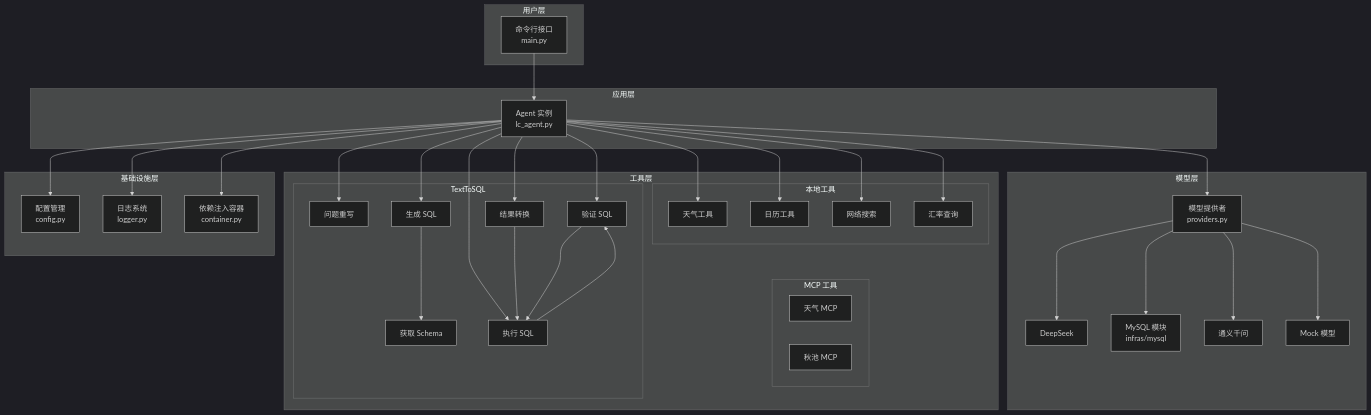
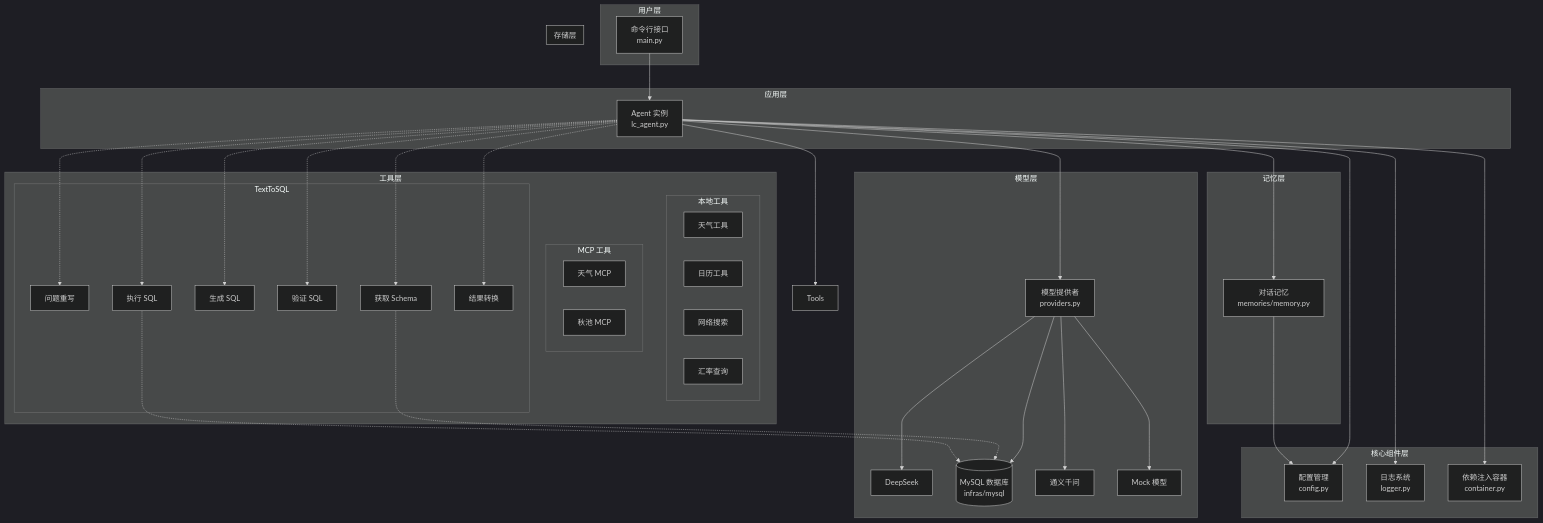
Before and after one commit to chain-engine/x-langchain: the first of 3 diagrams in README.md, drawn with Mermaid (dark theme). The commit also changed other lines of this file and 1 other file, not shown here.

````diff
--- a/README.md
+++ b/README.md
@@ -140,56 +140,65 @@
 ```mermaid
 graph TB
     subgraph 用户层
         CLI[命令行接口<br/>main.py]
     end
 
     subgraph 应用层
         AG[Agent 实例<br/>lc_agent.py]
+    end
+
+    subgraph 核心组件层
+        CFG[配置管理<br/>config.py]
+        LOG[日志系统<br/>logger.py]
+        CTN[依赖注入容器<br/>container.py]
+    end
+
+    subgraph 记忆层
+        MM[对话记忆<br/>memories/memory.py]
     end
 
     subgraph 模型层
         MF[模型提供者<br/>providers.py]
         DS[DeepSeek]
         DB[豆包]
         TY[通义千问]
         MK[Mock 模型]
     end
 
     subgraph 工具层
         subgraph 本地工具
             WT[天气工具]
             CT[日历工具]
             WS[网络搜索]
             ER[汇率查询]
         end
         subgraph MCP 工具
             WMCP[天气 MCP]
             QMCP[秋池 MCP]
         end
         subgraph TextToSQL
             QR[问题重写]
             GS[获取 Schema]
             SG[生成 SQL]
             VS[验证 SQL]
             ES[执行 SQL]
             CN[结果转换]
         end
     end
 
-    subgraph 基础设施层
-        CFG[配置管理<br/>config.py]
-        LOG[日志系统<br/>logger.py]
-        CTN[依赖注入容器<br/>container.py]
-        DB[MySQL 模块<br/>infras/mysql]
+    subgraph 存储层
+        DB[(MySQL 数据库<br/>infras/mysql)]
     end
 
     CLI --> AG
+    AG --> MM
     AG --> MF
-    AG --> WT & CT & WS & ER & QR & SG & VS & ES & CN
+    AG --> TT[Tools]
+    AG --> CFG & LOG & CTN
+    MM --> CFG
     MF --> DS & DB & TY & MK
-    AG --> CFG & LOG & CTN
-    SG --> GS
-    ES --> VS
-    CN --> ES
-    VS --> ES
+
+    AG -.-> QR & GS & SG & VS & ES & CN
+    GS -.-> DB
+    ES -.-> DB
 ```
````
